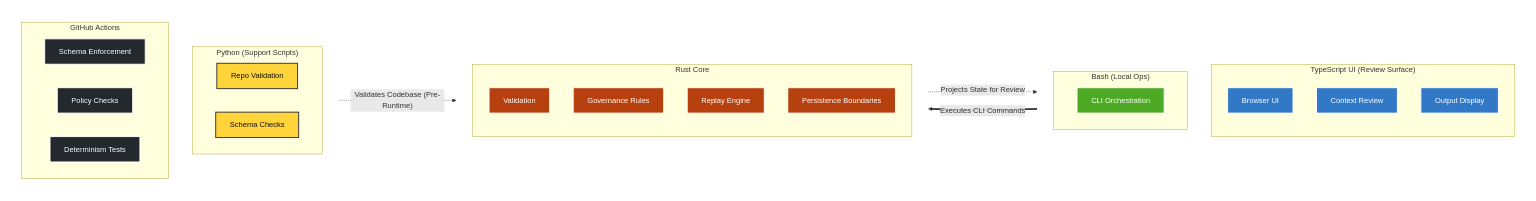
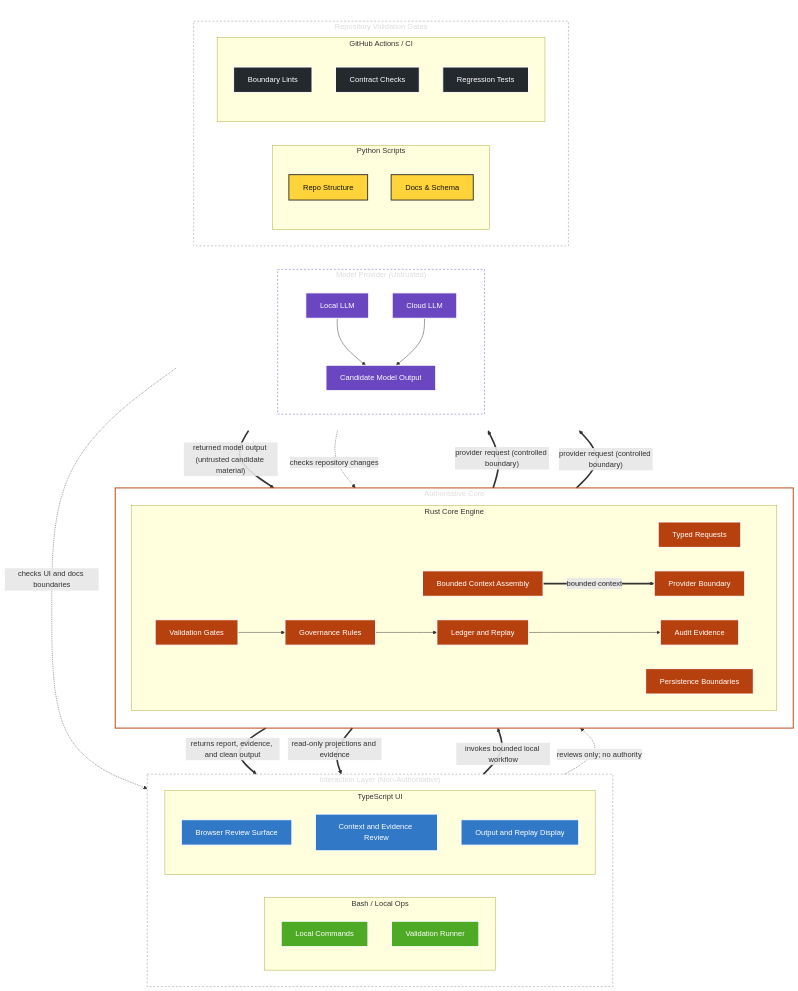
Before and after one commit to irgordon/ajentic: the diagram in README.md, drawn with Mermaid.

Commit message:
Refactor architecture diagram in README

````diff
--- a/README.md
+++ b/README.md
@@ -113,63 +113,112 @@
 ```mermaid
-flowchart LR
+flowchart TB
 
-    %% Group 1: User Interfaces
-    subgraph InteractionLayer ["User Interfaces"]
-        direction TB
-        subgraph TSUILayer ["TypeScript UI (Review Surface)"]
+    %% Interaction and operator surfaces (Top Layer)
+    subgraph InteractionLayer ["Interaction Layer (Non-Authoritative)"]
+        direction LR
+        
+        subgraph BashLayer ["Bash / Local Ops"]
             direction TB
-            D1[Browser UI]:::ts
-            D2[Context Review]:::ts
-            D3[Output Display]:::ts
+            CLI1[Local Commands]:::bash
+            CLI2[Validation Runner]:::bash
         end
-        
-        subgraph BashLayer ["Bash (Local Ops)"]
-            C1[CLI Orchestration]:::bash
+
+        subgraph TSUILayer ["TypeScript UI"]
+            direction TB
+            UI1[Browser Review Surface]:::ts
+            UI2[Context and Evidence Review]:::ts
+            UI3[Output and Replay Display]:::ts
         end
     end
 
-    %% Group 2: The Core Engine
-    subgraph CoreLayer ["Central Authority (Runtime Governance)"]
+    %% Authoritative engine (Middle Layer)
+    subgraph CoreLayer ["Authoritative Core"]
         direction TB
-        subgraph RustCore ["Rust Core"]
-            direction TB
-            A1[Validation]:::rust
-            A2[Governance Rules]:::rust
-            A3[Replay Engine]:::rust
-            A4[Persistence Boundaries]:::rust
+        
+        subgraph RustCore ["Rust Core Engine"]
+            direction LR
+            %% Grouping the core into left-to-right columns to keep it compact
+            R1[Typed Requests]:::rust
+            R2[Bounded Context Assembly]:::rust
+            R3[Provider Boundary]:::rust
+            R4[Validation Gates]:::rust
+            R5[Governance Rules]:::rust
+            R6[Ledger and Replay]:::rust
+            R7[Persistence Boundaries]:::rust
+            R8[Audit Evidence]:::rust
         end
     end
 
-    %% Group 3: Tooling & Codebase Gates
-    subgraph SupportLayer ["Static Repository Gates"]
-        direction TB
-        subgraph PythonLayer ["Python (Support Scripts)"]
-            B1[Repo Validation]:::python
-            B2[Schema Checks]:::python
+    %% External model/provider surface & Repo Gates (Bottom Layer)
+    subgraph ExternalAndGates ["External Integrations & Static Gates"]
+        direction LR
+        
+        subgraph ProviderLayer ["Model Provider (Untrusted)"]
+            direction TB
+            M1[Local LLM]:::llm
+            M2[Cloud LLM]:::llm
+            M3[Candidate Model Output]:::llm
         end
-        
-        subgraph CI ["GitHub Actions"]
-            E1[Schema Enforcement]:::ci
-            E2[Policy Checks]:::ci
-            E3[Determinism Tests]:::ci
+
+        subgraph SupportLayer ["Repository Validation Gates"]
+            direction LR
+            
+            subgraph PythonLayer ["Python Scripts"]
+                direction TB
+                P1[Repo Structure]:::python
+                P2[Docs & Schema]:::python
+            end
+
+            subgraph CILayer ["GitHub Actions / CI"]
+                direction TB
+                G1[Boundary Lints]:::ci
+                G2[Contract Checks]:::ci
+                G3[Regression Tests]:::ci
+            end
         end
     end
 
-    %% Define the data/control flow 
-    BashLayer == "Executes CLI Commands" ==> RustCore
-    RustCore -. "Projects State for Review" .-> TSUILayer
+    %% === FLOW RELATIONSHIPS ===
+
+    %% Operator and core flow
+    BashLayer == "invokes bounded local workflow" ==> RustCore
+    RustCore == "returns report, evidence, and clean output" ==> BashLayer
+
+    %% Provider/model flow
+    R2 == "bounded context" ==> R3
     
-    SupportLayer -. "Validates Codebase (Pre-Runtime)" .-> RustCore
+    %% Provider paths explicitly acting as the controlled boundary
+    R3 == "provider request (controlled boundary)" ==> M1
+    R3 == "provider request (controlled boundary)" ==> M2
+    
+    M1 --> M3
+    M2 --> M3
+    
+    %% Output path clearly labeled as untrusted material routing straight to validation
+    M3 == "returned model output (untrusted candidate material)" ==> R4
 
-    %% Styling configurations
+    %% Validation/governance internal flow (Guides the eye left-to-right inside the core)
+    R4 --> R5 --> R6 --> R8
+
+    %% UI projection flow
+    RustCore == "read-only projections and evidence" ==> TSUILayer
+    TSUILayer -. "reviews only; no authority" .-> RustCore
+
+    %% Repository validation flow
+    SupportLayer -. "checks repository changes" .-> RustCore
+    SupportLayer -. "checks UI and docs boundaries" .-> InteractionLayer
+
+    %% === STYLING ===
     classDef rust fill:#B7410E,stroke:#fff,stroke-width:2px,color:#fff;
     classDef ts fill:#3178C6,stroke:#fff,stroke-width:2px,color:#fff;
     classDef python fill:#FFD43B,stroke:#333,stroke-width:2px,color:#111;
     classDef bash fill:#4EAA25,stroke:#fff,stroke-width:2px,color:#fff;
     classDef ci fill:#24292E,stroke:#fff,stroke-width:2px,color:#fff;
-    
-    %% Remove borders from the layout wrappers to keep it clean
-    style InteractionLayer fill:none,stroke:none,color:#fff
-    style CoreLayer fill:none,stroke:none,color:#fff
-    style SupportLayer fill:none,stroke:none,color:#fff
+    classDef llm fill:#6B46C1,stroke:#fff,stroke-width:2px,color:#fff;
+
+    style InteractionLayer fill:none,stroke:#888,stroke-dasharray: 4 4,color:#ddd
+    style CoreLayer fill:none,stroke:#B7410E,stroke-width:2px,color:#ddd
+    style ExternalAndGates fill:none,stroke:none,color:#fff
+    style ProviderLayer fill:none,stroke:#6B46C1,stroke-dasharray: 4 4,color:#ddd
+    style SupportLayer fill:none,stroke:#888,stroke-dasharray: 4 4,color:#ddd
 ```
````
